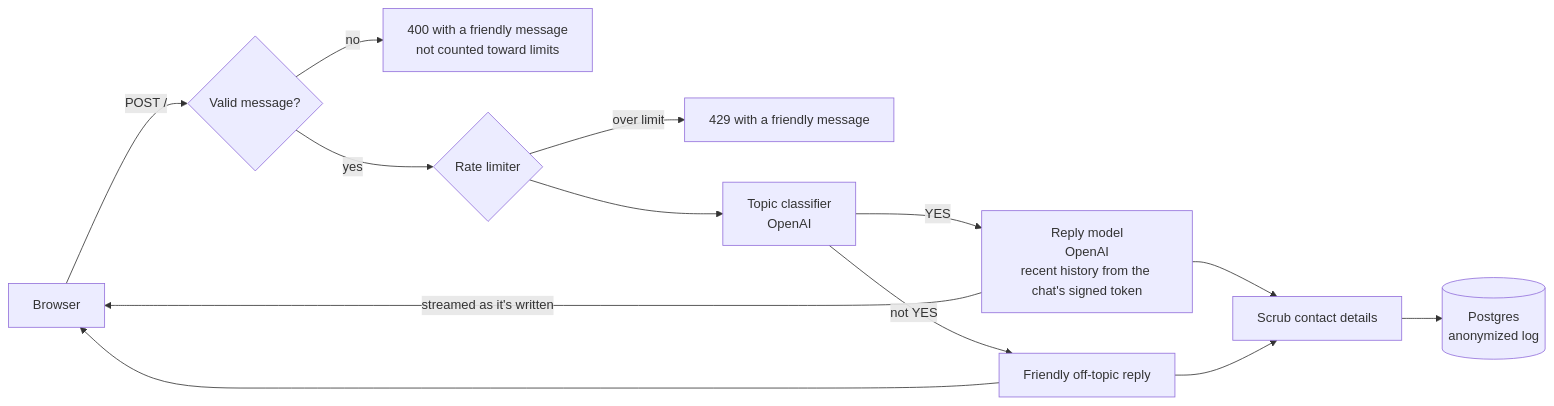
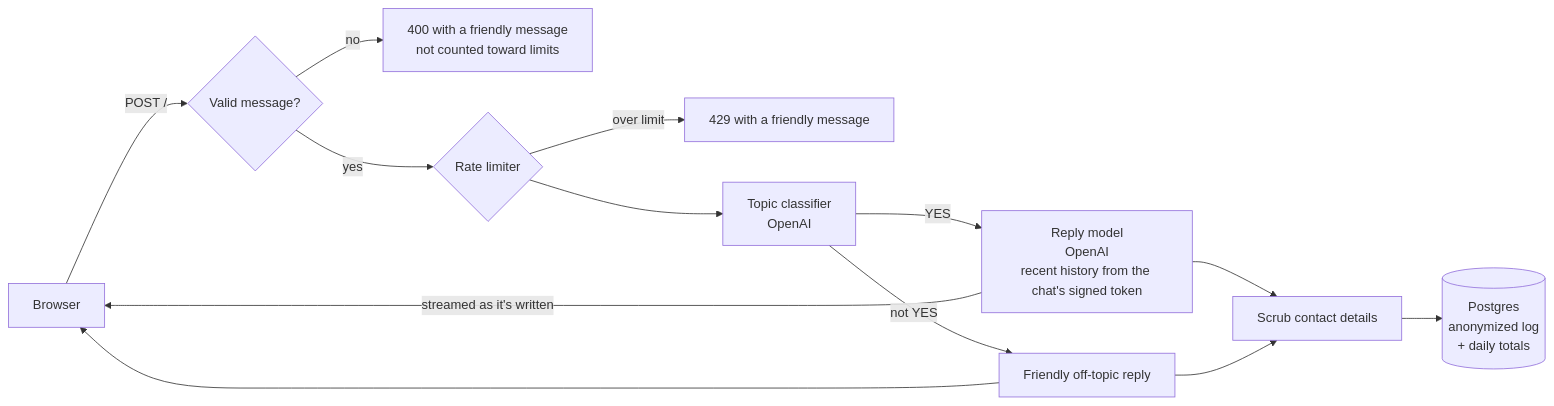
The diagram in README.md (jdabr/LoveLab01), drawn with Mermaid before and after one commit. The commit also changed other lines of this file and 7 other files, not shown here.

First line of the commit message:
feat: Record each message's outcome, tokens and timing, with daily totals

````diff
--- a/README.md
+++ b/README.md
@@ -31,15 +31,15 @@
 ```mermaid
 flowchart LR
     B[Browser] -->|POST /| V{Valid message?}
     V -->|no| R400[400 with a friendly message<br/>not counted toward limits]
     V -->|yes| L{Rate limiter}
     L -->|over limit| R429[429 with a friendly message]
     L --> F[Topic classifier<br/>OpenAI]
     F -->|not YES| OT[Friendly off-topic reply]
     F -->|YES| M[Reply model<br/>OpenAI<br/>recent history from the chat's signed token]
     M --> S[Scrub contact details]
     OT --> S
-    S --> DB[(Postgres<br/>anonymized log)]
+    S --> DB[(Postgres<br/>anonymized log<br/>+ daily totals)]
     M -->|streamed as it's written| B
     OT --> B
 ```
````
